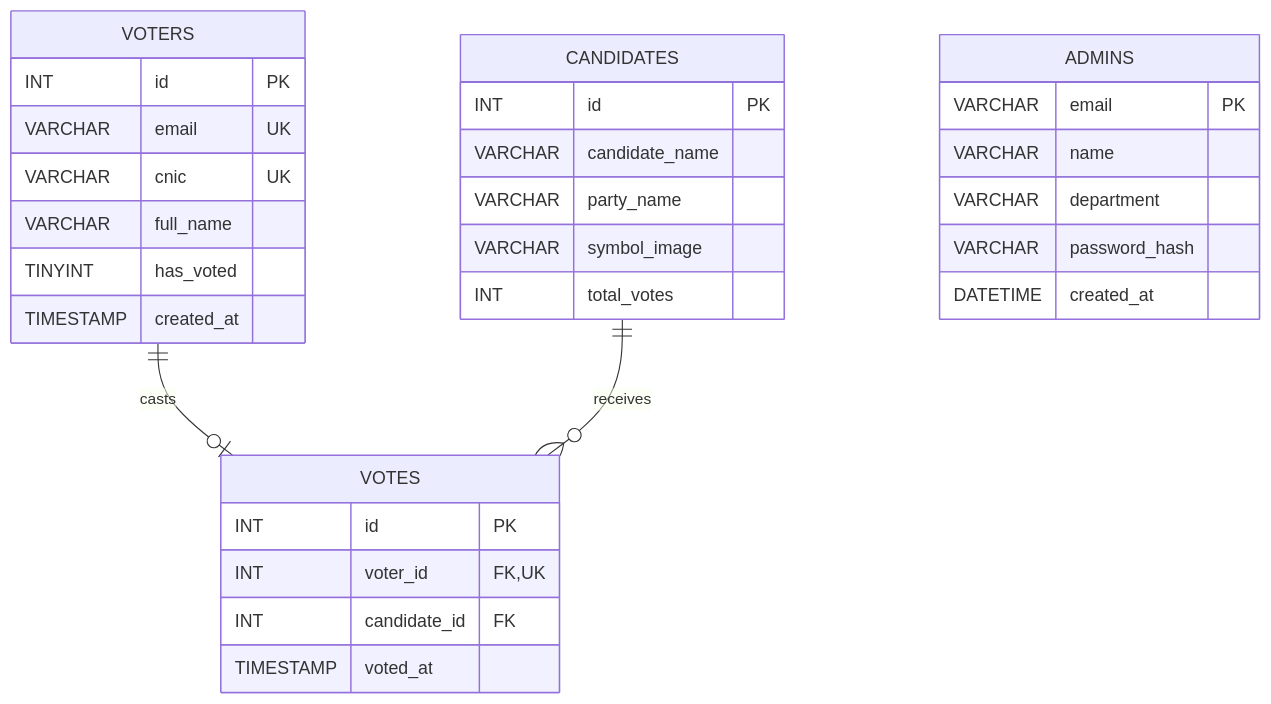
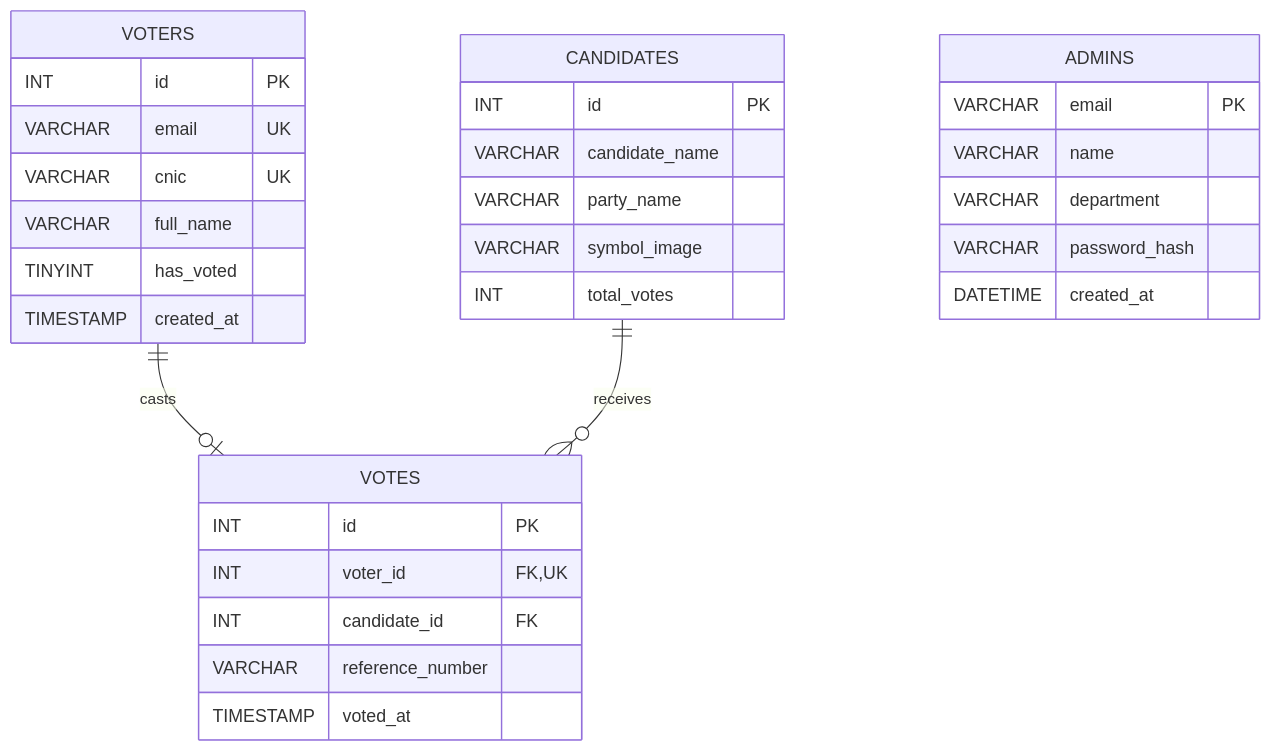
Before and after one commit to SikandarTahir23/NexusVote: the diagram in README.md, drawn with Mermaid. The commit also changed other lines of this file and 17 other files, not shown here.

````diff
--- a/README.md
+++ b/README.md
@@ -46,37 +58,38 @@
 ```mermaid
 erDiagram
     VOTERS ||--o| VOTES : "casts"
     CANDIDATES ||--o{ VOTES : "receives"
 
     VOTERS {
         INT id PK
         VARCHAR email UK
         VARCHAR cnic UK
         VARCHAR full_name
         TINYINT has_voted
         TIMESTAMP created_at
     }
 
     CANDIDATES {
         INT id PK
         VARCHAR candidate_name
         VARCHAR party_name
         VARCHAR symbol_image
         INT total_votes
     }
 
     VOTES {
         INT id PK
         INT voter_id FK,UK
         INT candidate_id FK
+        VARCHAR reference_number
         TIMESTAMP voted_at
     }
 
     ADMINS {
         VARCHAR email PK
         VARCHAR name
         VARCHAR department
         VARCHAR password_hash
         DATETIME created_at
     }
 ```
````
